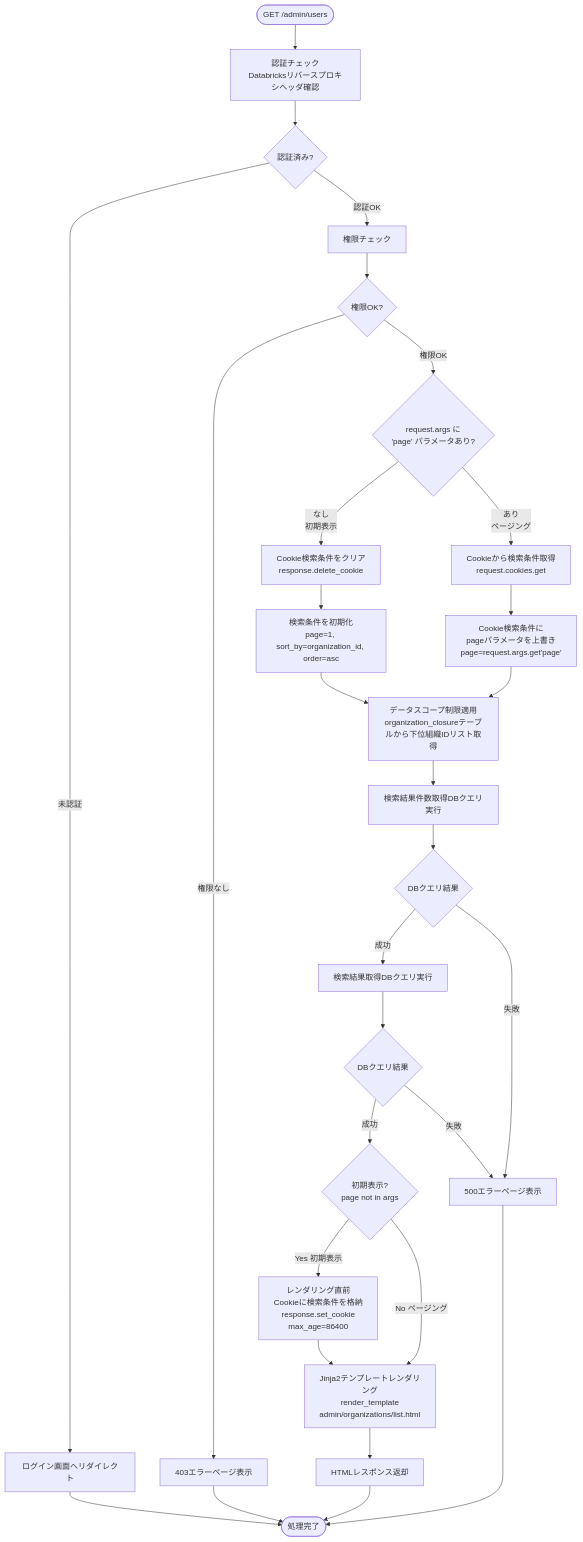
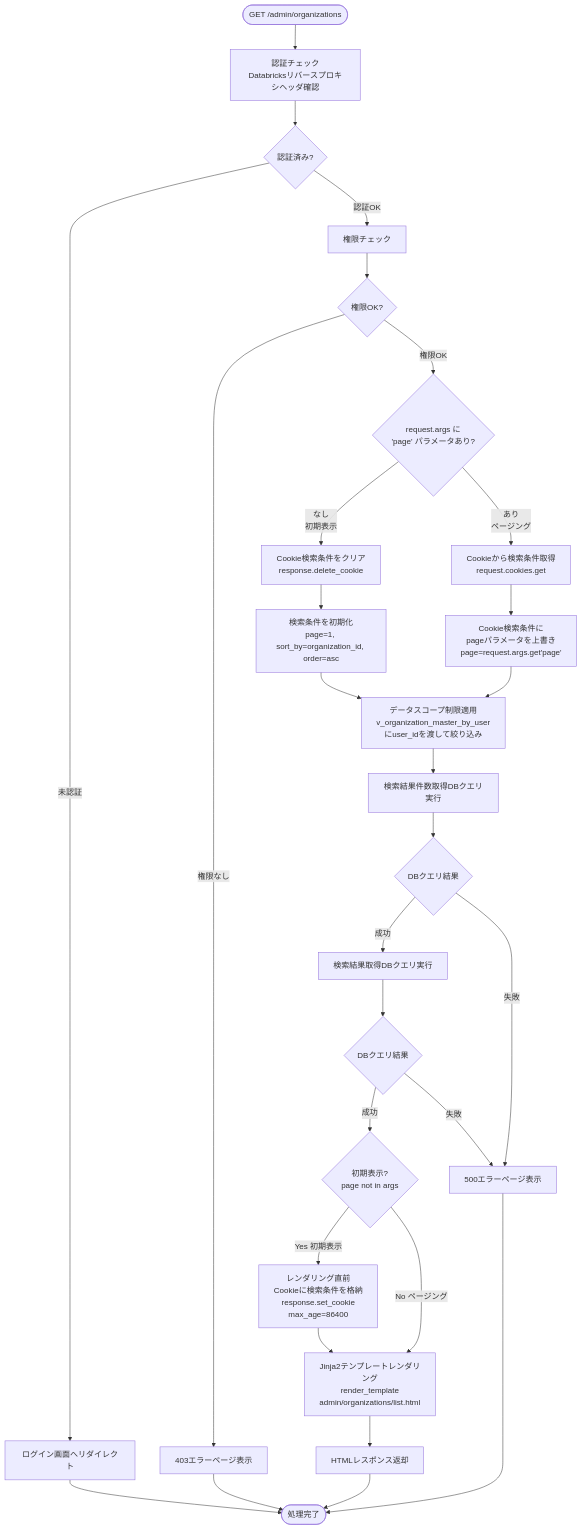
One commit to NSW-SVCP-AIWG002/Databricks-IoT changed the first of 8 diagrams in docs/03-features/flask-app/organizations/workflow-specification.md. Above: the diagram before and after it, drawn with Mermaid. The commit also changed other lines of this file and 3 other files, not shown here.

````diff
--- a/docs/03-features/flask-app/organizations/workflow-specification.md
+++ b/docs/03-features/flask-app/organizations/workflow-specification.md
@@ -159,43 +172,42 @@
 ```mermaid
 flowchart TD
-    Start([GET /admin/users]) --> Auth[認証チェック<br>Databricksリバースプロキシヘッダ確認]
+    Start([GET /admin/organizations]) --> Auth[認証チェック<br>Databricksリバースプロキシヘッダ確認]
     Auth --> CheckAuth{認証済み?}
     CheckAuth -->|未認証| LoginRedirect[ログイン画面へリダイレクト]
+    CheckAuth -->|認証OK| Permission[権限チェック]
 
-    CheckAuth -->|認証OK| Permission[権限チェック]
     Permission --> CheckPerm{権限OK?}
     CheckPerm -->|権限なし| Error403[403エラーページ表示]
-
     CheckPerm -->|権限OK| CheckPage{request.args に<br>'page' パラメータあり?}
 
     CheckPage -->|なし<br>初期表示| ClearCookie[Cookie検索条件をクリア<br>response.delete_cookie]
     CheckPage -->|あり<br>ページング| GetCookie[Cookieから検索条件取得<br>request.cookies.get]
 
     ClearCookie --> InitParams[検索条件を初期化<br>page=1, sort_by=organization_id, order=asc]
     GetCookie --> OverridePage[Cookie検索条件に<br>pageパラメータを上書き<br>page=request.args.get'page']
 
-    InitParams --> Scope[データスコープ制限適用<br>organization_closureテーブルから下位組織IDリスト取得]
+    InitParams --> Scope[データスコープ制限適用<br>v_organization_master_by_userにuser_idを渡して絞り込み]
     OverridePage --> Scope
 
     Scope --> Count[検索結果件数取得DBクエリ実行]
     Count --> CheckDB0{DBクエリ結果}
 
     CheckDB0 -->|成功| Query[検索結果取得DBクエリ実行]
     CheckDB0 -->|失敗| Error500[500エラーページ表示]
 
     Query --> CheckDB{DBクエリ結果}
 
     CheckDB -->|成功| CheckInitial{初期表示?<br>page not in args}
     CheckDB -->|失敗| Error500
 
     CheckInitial -->|Yes 初期表示| SaveCookie[レンダリング直前<br>Cookieに検索条件を格納<br>response.set_cookie<br>max_age=86400]
     CheckInitial -->|No ページング| Template[Jinja2テンプレートレンダリング<br>render_template<br>admin/organizations/list.html]
 
     SaveCookie --> Template
     Template --> Response[HTMLレスポンス返却]
 
     LoginRedirect --> End([処理完了])
     Response --> End
     Error403 --> End
     Error500 --> End
 ```
````
